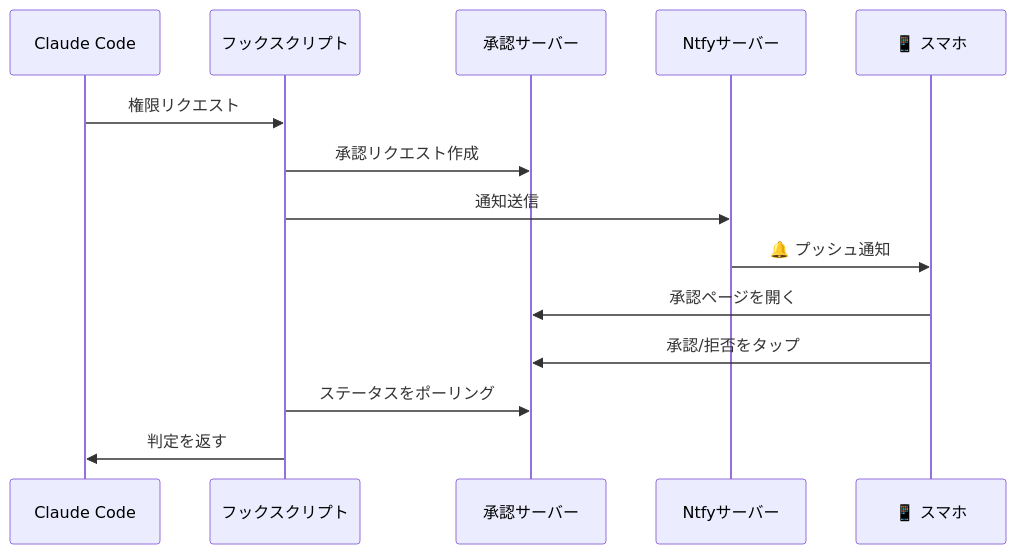
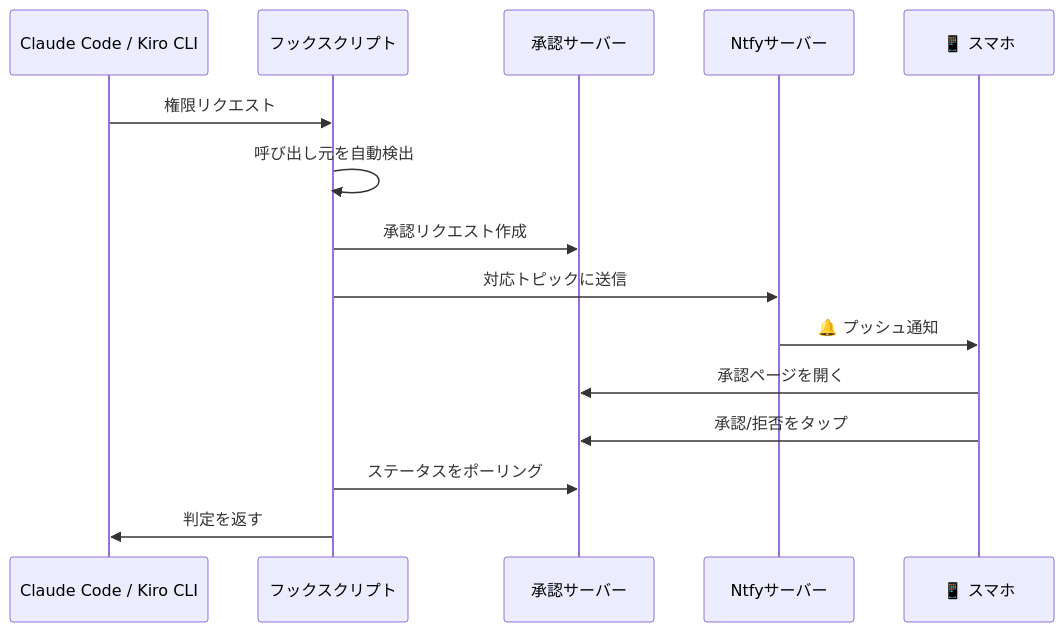
Before and after one commit to astro-nexus-ai/claude-mobile-approver: the diagram in README_JP.md, drawn with Mermaid. The commit also changed other lines of this file and 8 other files, not shown here.

First line of the commit message:
feat: add Kiro CLI support and Web Push configuration

````diff
--- a/README_JP.md
+++ b/README_JP.md
@@ -33,17 +34,18 @@
 ```mermaid
 sequenceDiagram
-    participant Claude as Claude Code
+    participant AI as Claude Code / Kiro CLI
     participant Hook as フックスクリプト
     participant Server as 承認サーバー
     participant Ntfy as Ntfyサーバー
     participant Mobile as 📱 スマホ
 
-    Claude->>Hook: 権限リクエスト
+    AI->>Hook: 権限リクエスト
+    Hook->>Hook: 呼び出し元を自動検出
     Hook->>Server: 承認リクエスト作成
-    Hook->>Ntfy: 通知送信
+    Hook->>Ntfy: 対応トピックに送信
     Ntfy->>Mobile: 🔔 プッシュ通知
     Mobile->>Server: 承認ページを開く
     Mobile->>Server: 承認/拒否をタップ
     Hook->>Server: ステータスをポーリング
-    Hook->>Claude: 判定を返す
+    Hook->>AI: 判定を返す
 ```
````
